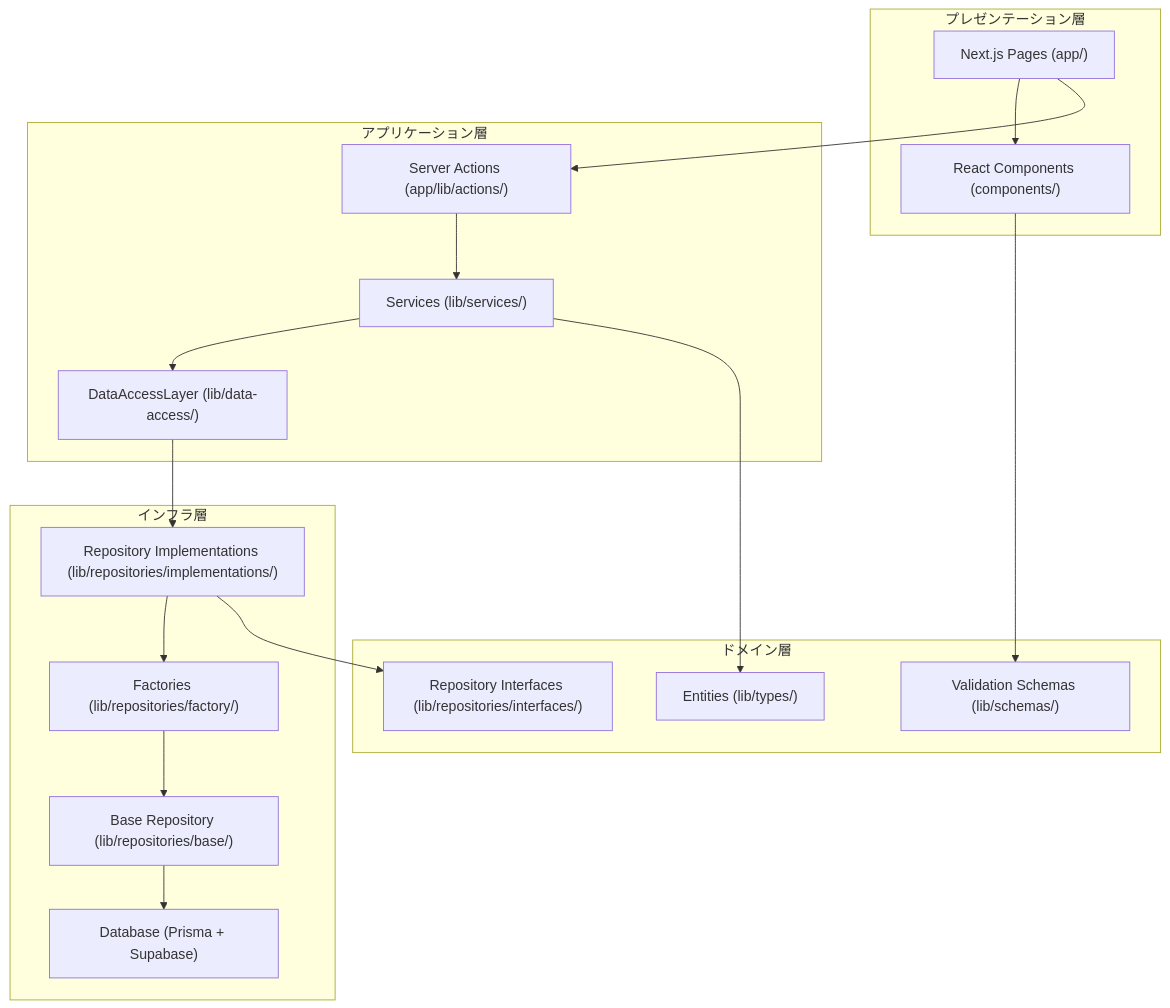
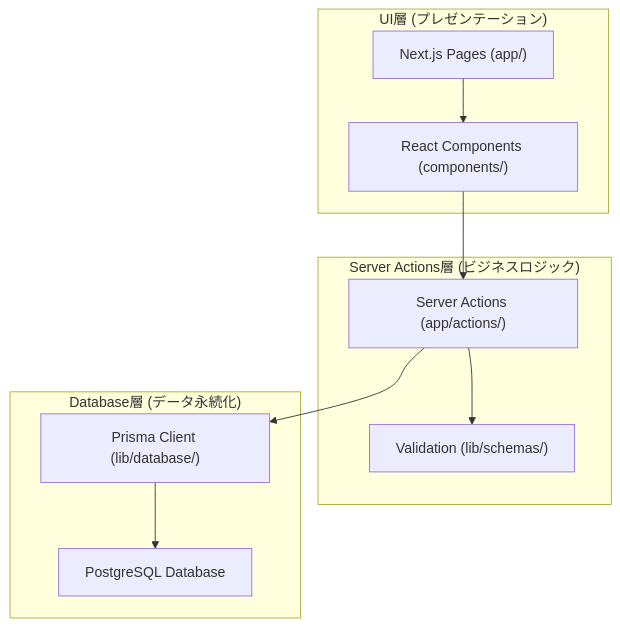
Before and after one commit to sudat/biz-clone: the first of 3 diagrams in .taskmaster/docs/02_アーキテクチャ設計.md, drawn with Mermaid. The commit also changed other lines of this file and 19 other files, not shown here.

````diff
--- a/.taskmaster/docs/02_アーキテクチャ設計.md
+++ b/.taskmaster/docs/02_アーキテクチャ設計.md
@@ -66,43 +64,27 @@
 ```mermaid
 graph TB
-    %% プレゼンテーション層
-    subgraph "プレゼンテーション層"
-        UI["Next.js Pages (app/)"]
+    %% UI層
+    subgraph "UI層 (プレゼンテーション)"
+        PAGES["Next.js Pages (app/)"]
         COMP["React Components (components/)"]
     end
 
-    %% アプリケーション層
-    subgraph "アプリケーション層"
-        ACTION["Server Actions (app/lib/actions/)"]
-        SERVICE["Services (lib/services/)"]
-        DAL["DataAccessLayer (lib/data-access/)"]
+    %% Server Actions層
+    subgraph "Server Actions層 (ビジネスロジック)"
+        ACTIONS["Server Actions (app/actions/)"]
+        SCHEMAS["Validation (lib/schemas/)"]
     end
 
-    %% ドメイン層
-    subgraph "ドメイン層"
-        ENTITY["Entities (lib/types/)"]
-        SCHEMA["Validation Schemas (lib/schemas/)"]
-        INTERFACE["Repository Interfaces (lib/repositories/interfaces/)"]
-    end
-
-    %% インフラ層
-    subgraph "インフラ層"
-        REPO["Repository Implementations (lib/repositories/implementations/)"]
-        FACTORY["Factories (lib/repositories/factory/)"]
-        BASE["Base Repository (lib/repositories/base/)"]
-        DB["Database (Prisma + Supabase)"]
+    %% Database層
+    subgraph "Database層 (データ永続化)"
+        PRISMA["Prisma Client (lib/database/)"]
+        DB["PostgreSQL Database"]
     end
 
     %% 関係性
-    UI --> COMP
-    UI --> ACTION
-    ACTION --> SERVICE
-    SERVICE --> DAL
-    DAL --> REPO
-    REPO --> FACTORY
-    FACTORY --> BASE
-    BASE --> DB
-    SERVICE --> ENTITY
-    REPO --> INTERFACE
-    COMP --> SCHEMA
+    PAGES --> COMP
+    COMP --> ACTIONS
+    ACTIONS --> SCHEMAS
+    ACTIONS --> PRISMA
+    PRISMA --> DB
 ```
````
